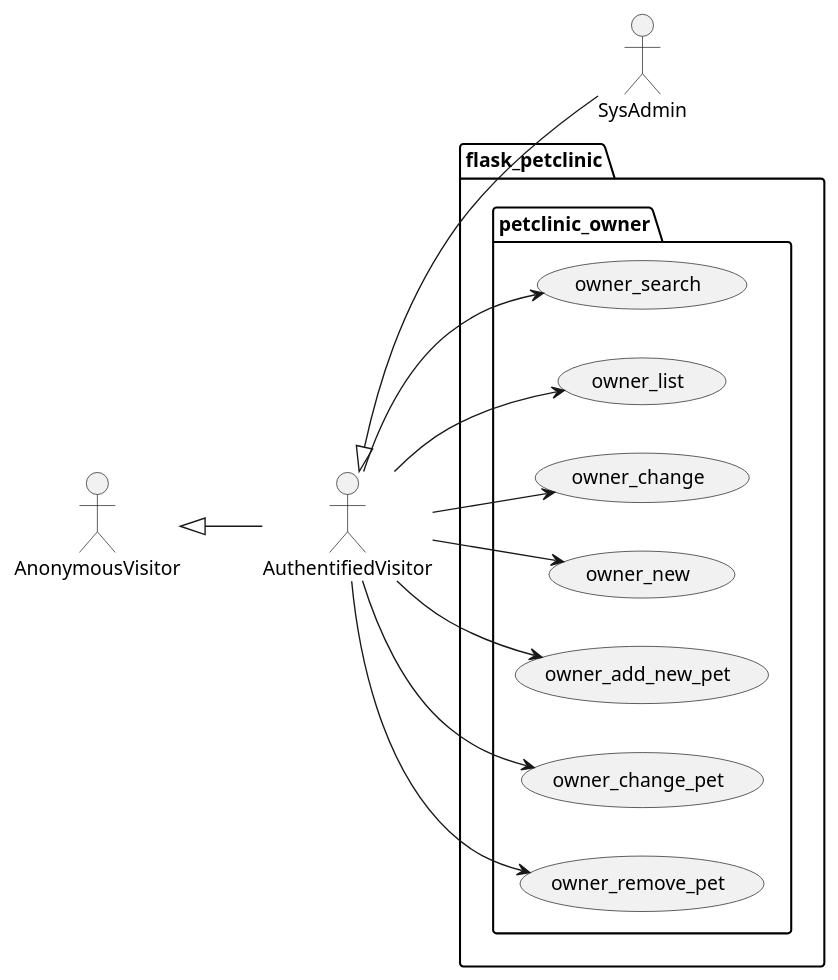
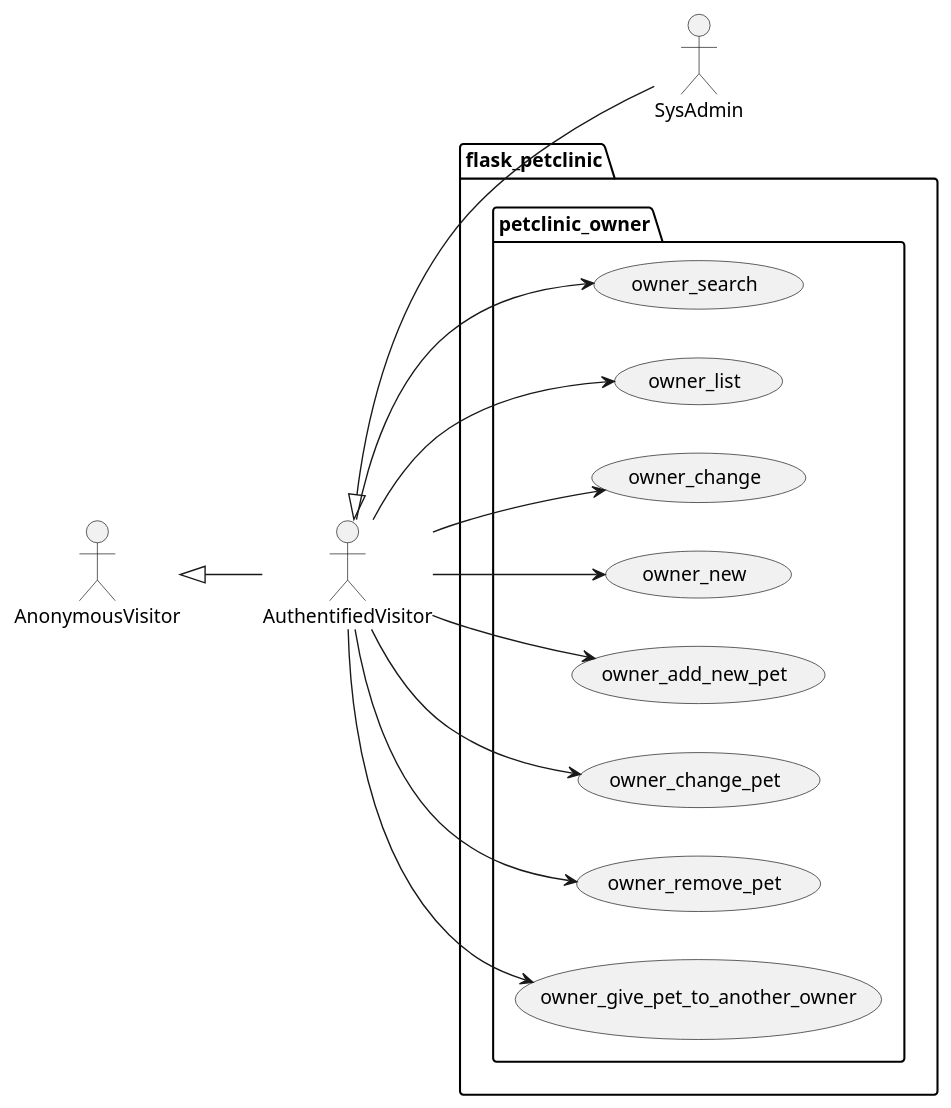
Before and after one commit to Jakarta-EE-Petclinic/petclinic_flask: the diagram in docs/uml/use_cases__petclinic_owner.puml, drawn with PlantUML. The commit also changed 2 other files, not shown here.

```diff
--- a/docs/uml/use_cases__petclinic_owner.puml
+++ b/docs/uml/use_cases__petclinic_owner.puml
@@ -1,34 +1,36 @@
 @startuml
 left to right direction
 
 actor AnonymousVisitor as av
 actor AuthentifiedVisitor as au
 actor SysAdmin as sa
 
 av <|-- au
 au <|-- sa
 
 package flask_petclinic {
 
     package petclinic_owner {
 
         usecase owner_search as uc6000
         usecase owner_list as uc6001
         usecase owner_change as uc6002
         usecase owner_new as uc6003
 
         usecase owner_add_new_pet as uc6004
         usecase owner_change_pet as uc6005
         usecase owner_remove_pet as uc6006
+        usecase owner_give_pet_to_another_owner as uc6007
 
         au --> uc6000
         au --> uc6001
         au --> uc6002
         au --> uc6003
         au --> uc6004
         au --> uc6005
         au --> uc6006
+        au --> uc6007
     }
 
 }
 @enduml
```
